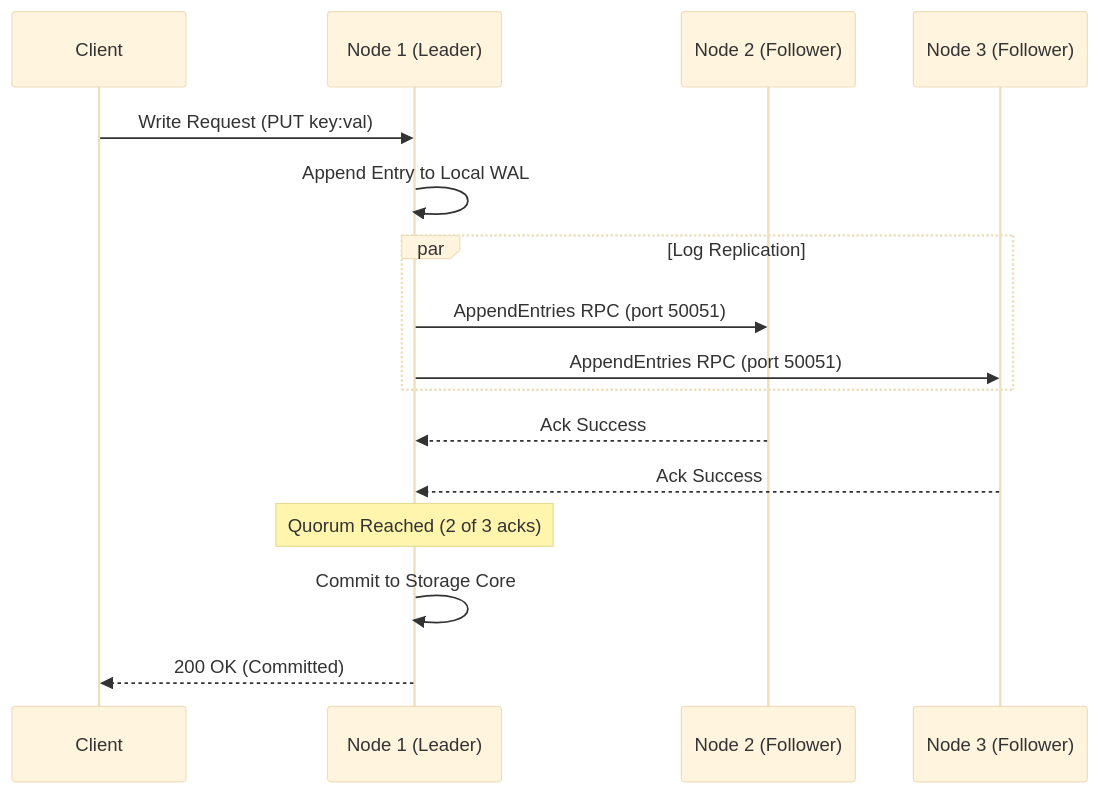
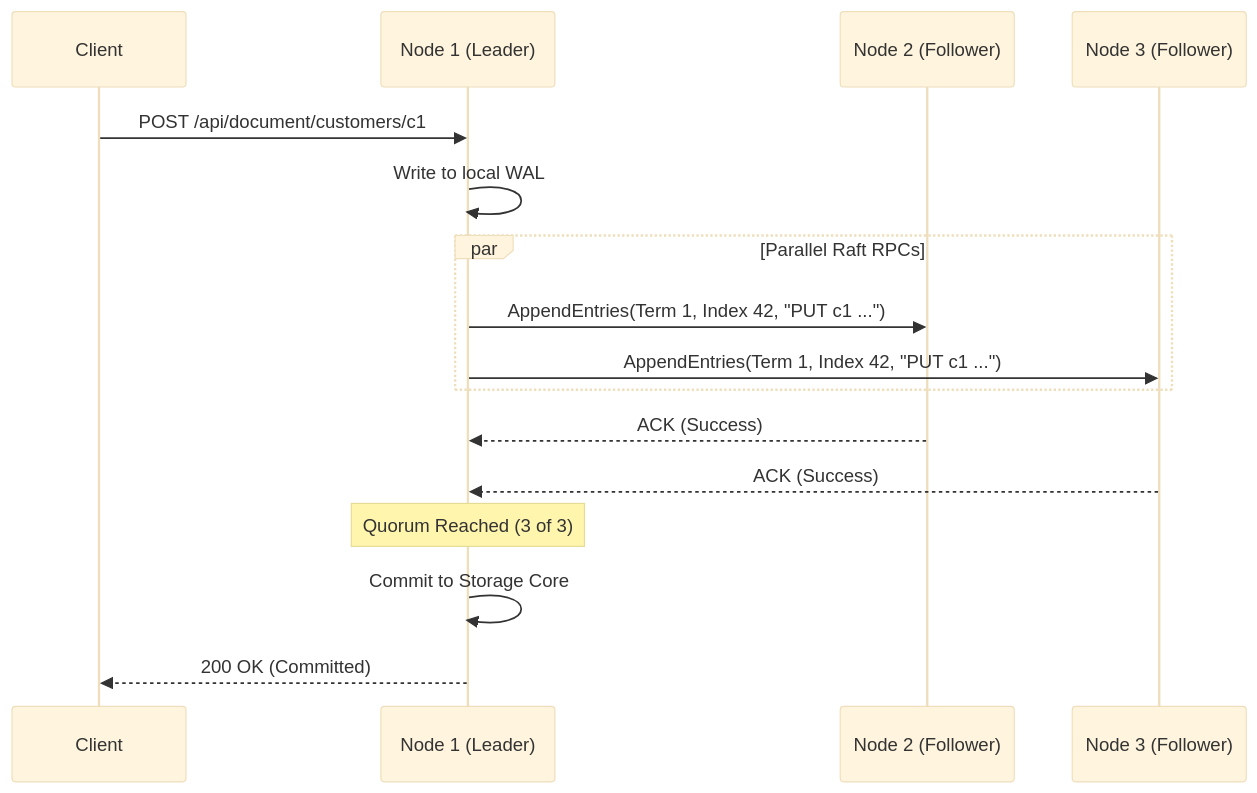
The third of 3 diagrams in guide/book.md (jettraframework/JettraDB), drawn with Mermaid (base theme) before and after one commit. The commit also changed other lines of this file, not shown here.

````diff
--- a/guide/book.md
+++ b/guide/book.md
@@ -185,19 +247,19 @@
 ```mermaid
 sequenceDiagram
     participant Client
     participant Leader as Node 1 (Leader)
     participant Follower1 as Node 2 (Follower)
     participant Follower2 as Node 3 (Follower)
 
-    Client->>Leader: Write Request (PUT key:val)
-    Leader->>Leader: Append Entry to Local WAL
-    par Log Replication
-        Leader->>Follower1: AppendEntries RPC (port 50051)
-        Leader->>Follower2: AppendEntries RPC (port 50051)
+    Client->>Leader: POST /api/document/customers/c1
+    Leader->>Leader: Write to local WAL
+    par Parallel Raft RPCs
+        Leader->>Follower1: AppendEntries(Term 1, Index 42, "PUT c1 ...")
+        Leader->>Follower2: AppendEntries(Term 1, Index 42, "PUT c1 ...")
     end
-    Follower1-->>Leader: Ack Success
-    Follower2-->>Leader: Ack Success
-    Note over Leader: Quorum Reached (2 of 3 acks)
+    Follower1-->>Leader: ACK (Success)
+    Follower2-->>Leader: ACK (Success)
+    Note over Leader: Quorum Reached (3 of 3)
     Leader->>Leader: Commit to Storage Core
     Leader-->>Client: 200 OK (Committed)
 ```
````
